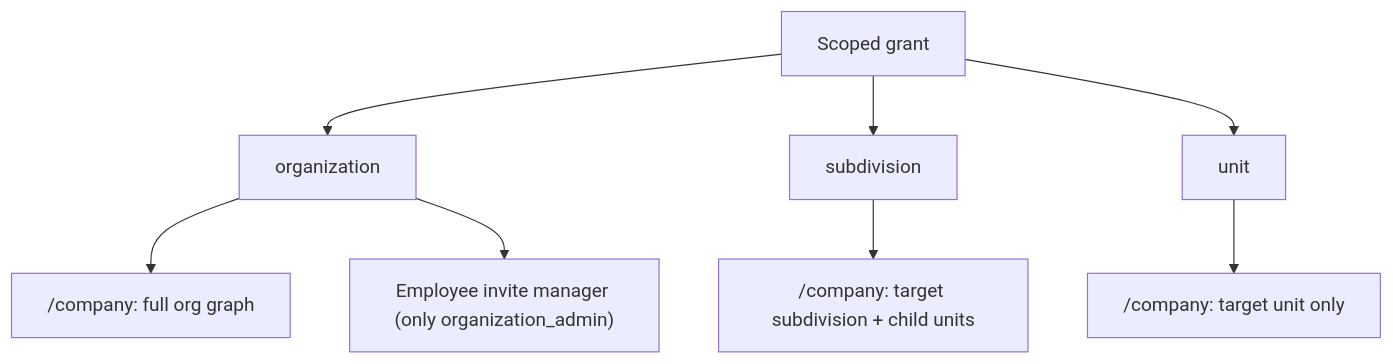
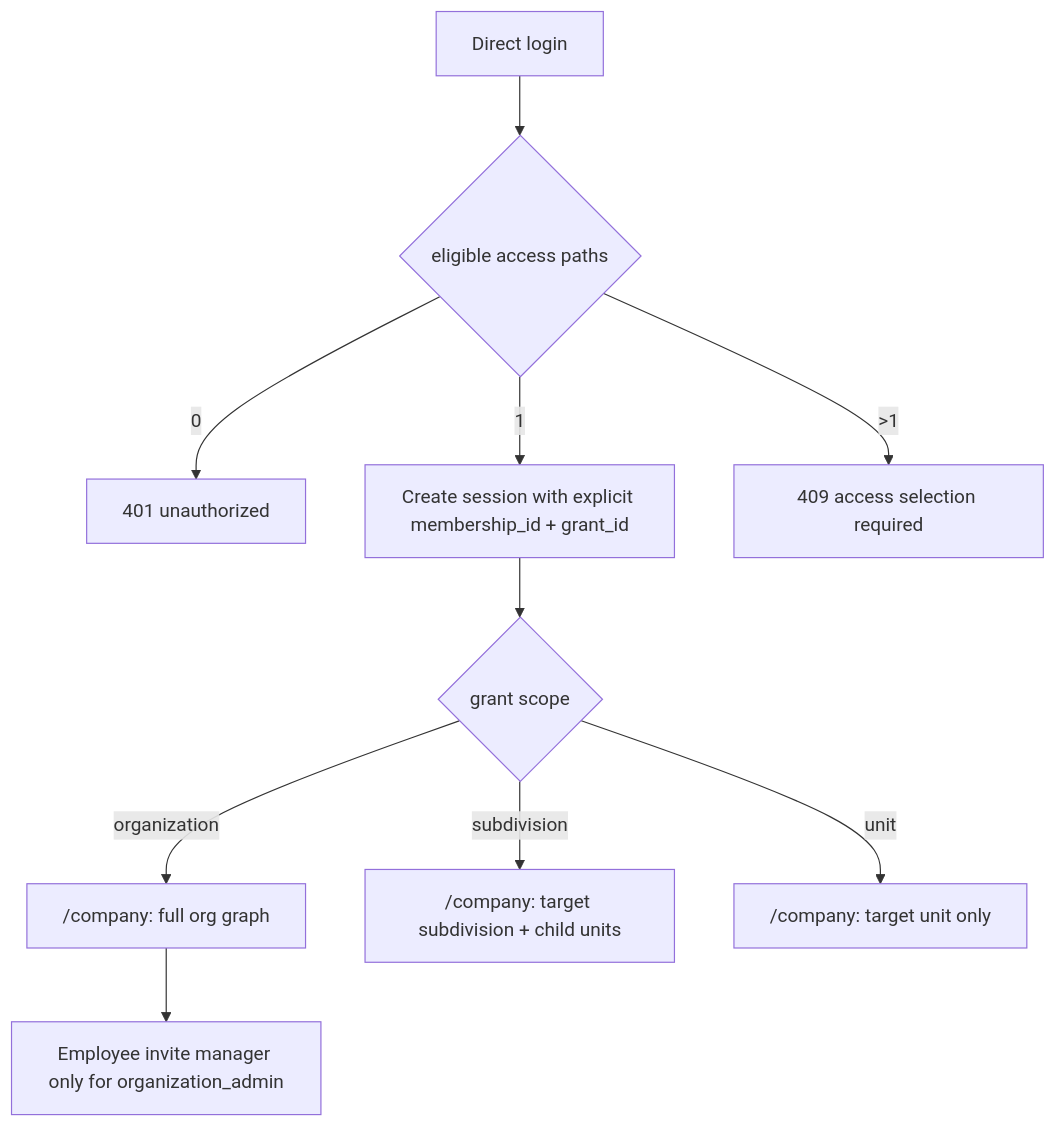
The seventh of 10 diagrams in docs/architecture/identity-master-data.md (vrk-app/vrk), drawn with Mermaid before and after one commit. The commit also changed other lines of this file and 246 other files, not shown here.

First line of the commit message:
feat(app): finalize stage 03 identity auth flows

````diff
--- a/docs/architecture/identity-master-data.md
+++ b/docs/architecture/identity-master-data.md
@@ -285,10 +289,12 @@
 ```mermaid
 flowchart TD
-    A["Scoped grant"] --> B["organization"]
-    A --> C["subdivision"]
-    A --> D["unit"]
-    B --> E["/company: full org graph"]
-    B --> F["Employee invite manager (only organization_admin)"]
-    C --> G["/company: target subdivision + child units"]
-    D --> H["/company: target unit only"]
+    A["Direct login"] --> B{"eligible access paths"}
+    B -->|0| C["401 unauthorized"]
+    B -->|1| D["Create session with explicit membership_id + grant_id"]
+    B -->|>1| E["409 access selection required"]
+    D --> F{"grant scope"}
+    F -->|organization| G["/company: full org graph"]
+    F -->|subdivision| H["/company: target subdivision + child units"]
+    F -->|unit| I["/company: target unit only"]
+    G --> J["Employee invite manager only for organization_admin"]
 ```
````
